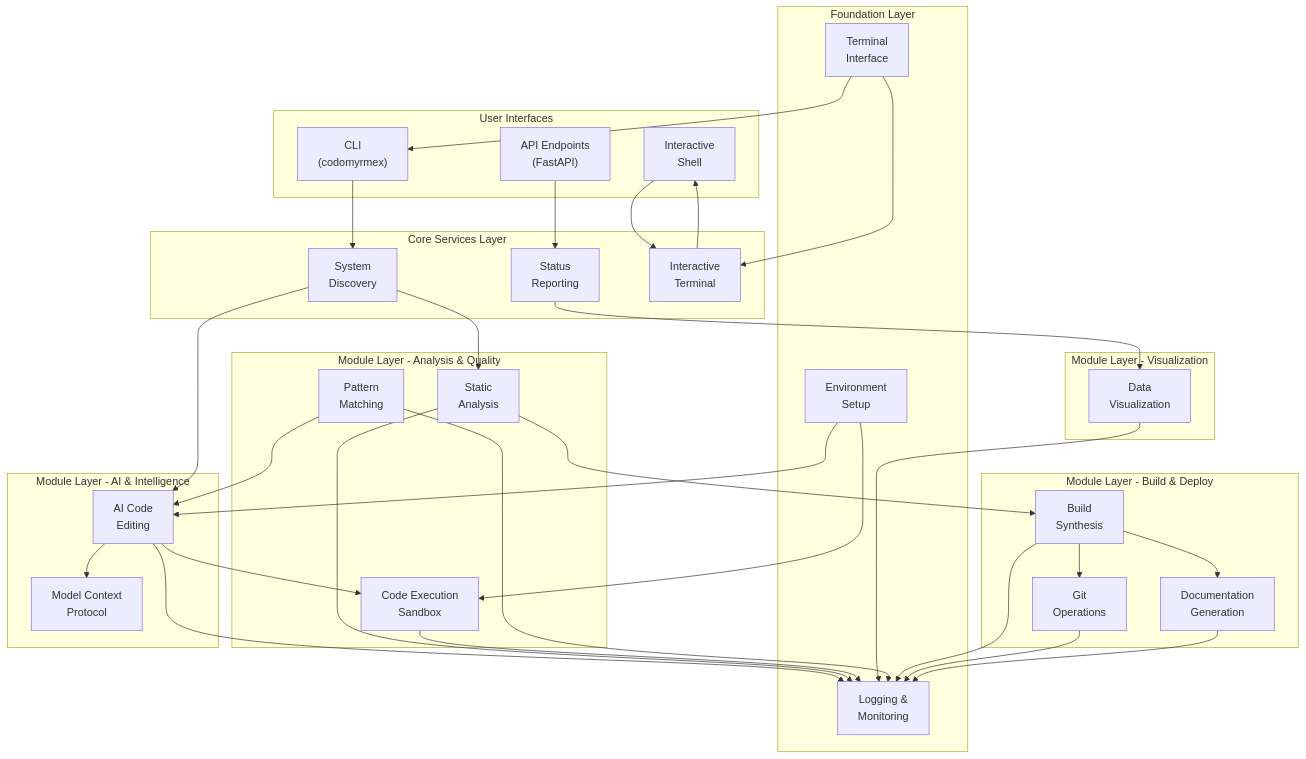
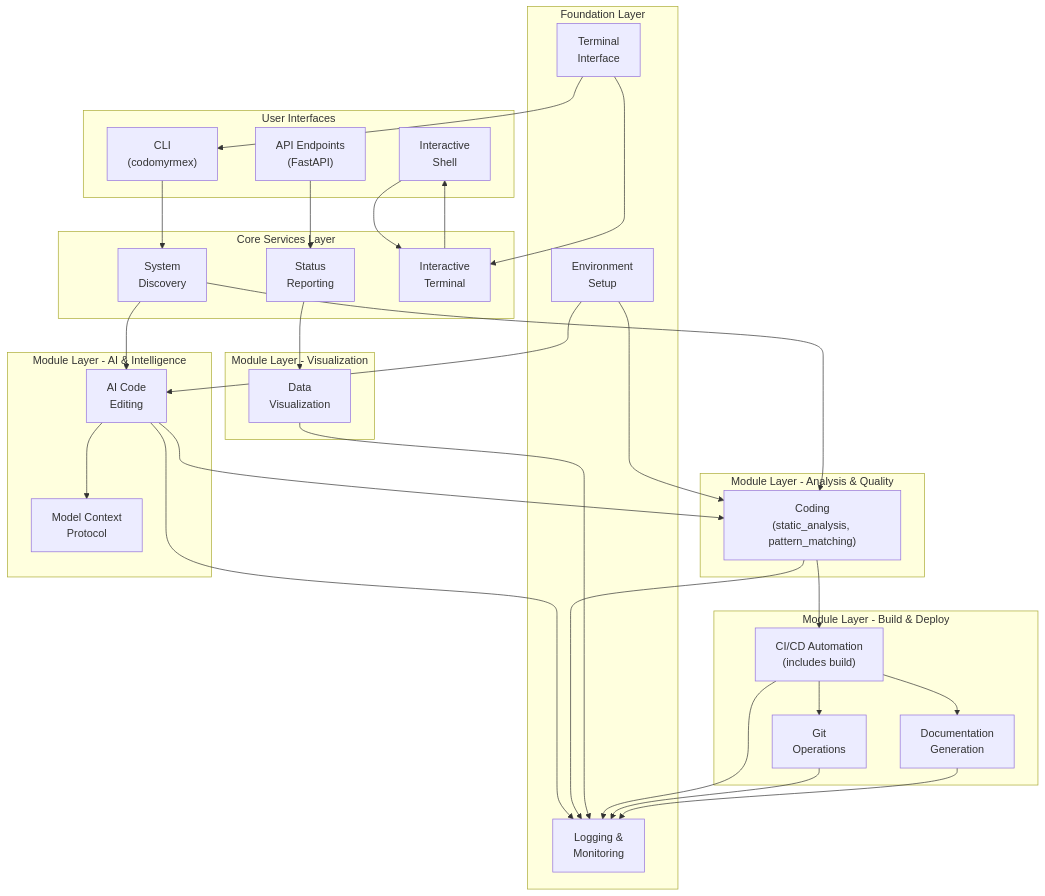
One commit to docxology/codomyrmex changed the diagram in docs/project/architecture.md. Above: the diagram before and after it, drawn with Mermaid. The commit also changed other lines of this file and 163 other files, not shown here.

````diff
--- a/docs/project/architecture.md
+++ b/docs/project/architecture.md
@@ -35,76 +35,71 @@
 ```mermaid
 graph TB
     subgraph "User Interfaces"
         CLI["CLI<br/>(codomyrmex)"]
         Shell["Interactive<br/>Shell"]
         API["API Endpoints<br/>(FastAPI)"]
     end
 
     subgraph "Core Services Layer"
         Discovery["System<br/>Discovery"]
         Status["Status<br/>Reporting"]
         Terminal["Interactive<br/>Terminal"]
     end
 
     subgraph "Module Layer - AI & Intelligence"
         AICode["AI Code<br/>Editing"]
         MCP["Model Context<br/>Protocol"]
     end
 
     subgraph "Module Layer - Analysis & Quality"
-        StaticAnalysis["Static<br/>Analysis"]
-        PatternMatch["Pattern<br/>Matching"]
-        CodeExec["Code Execution<br/>Sandbox"]
+        CodeExec["Coding<br/>(static_analysis, pattern_matching)"]
     end
 
     subgraph "Module Layer - Build & Deploy"
-        Build["Build<br/>Synthesis"]
+        CICD["CI/CD Automation<br/>(includes build)"]
         Git["Git<br/>Operations"]
         Docs["Documentation<br/>Generation"]
     end
 
     subgraph "Module Layer - Visualization"
         DataViz["Data<br/>Visualization"]
     end
 
     subgraph "Foundation Layer"
         Logging["Logging &<br/>Monitoring"]
         Environment["Environment<br/>Setup"]
         TerminalInterface["Terminal<br/>Interface"]
     end
 
     %% User Interface connections
     CLI --> Discovery
     Shell --> Terminal
     API --> Status
 
     %% Service Layer connections
     Discovery --> AICode
-    Discovery --> StaticAnalysis
+    Discovery --> CodeExec
     Status --> DataViz
     Terminal --> Shell
 
     %% Module interconnections
     AICode --> CodeExec
     AICode --> MCP
-    StaticAnalysis --> Build
-    PatternMatch --> AICode
-    Build --> Git
-    Build --> Docs
+    CodeExec --> CICD
+    CICD --> Git
+    CICD --> Docs
 
     %% Foundation connections
     AICode --> Logging
-    StaticAnalysis --> Logging
     CodeExec --> Logging
     DataViz --> Logging
-    PatternMatch --> Logging
-    Build --> Logging
+    CICD --> Logging
     Git --> Logging
     Docs --> Logging
 
     Environment --> AICode
     Environment --> CodeExec
 
     TerminalInterface --> Terminal
     TerminalInterface --> CLI
 ```
````
